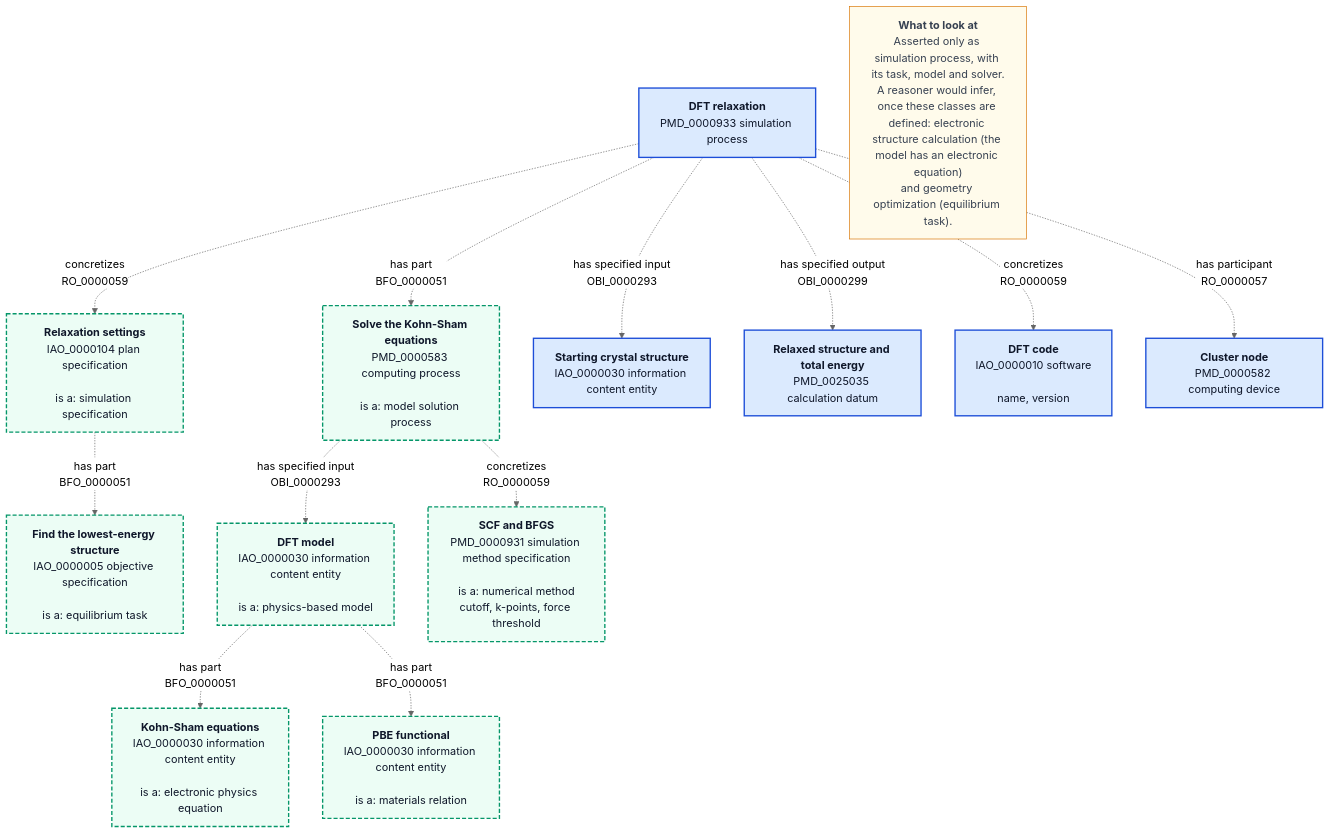
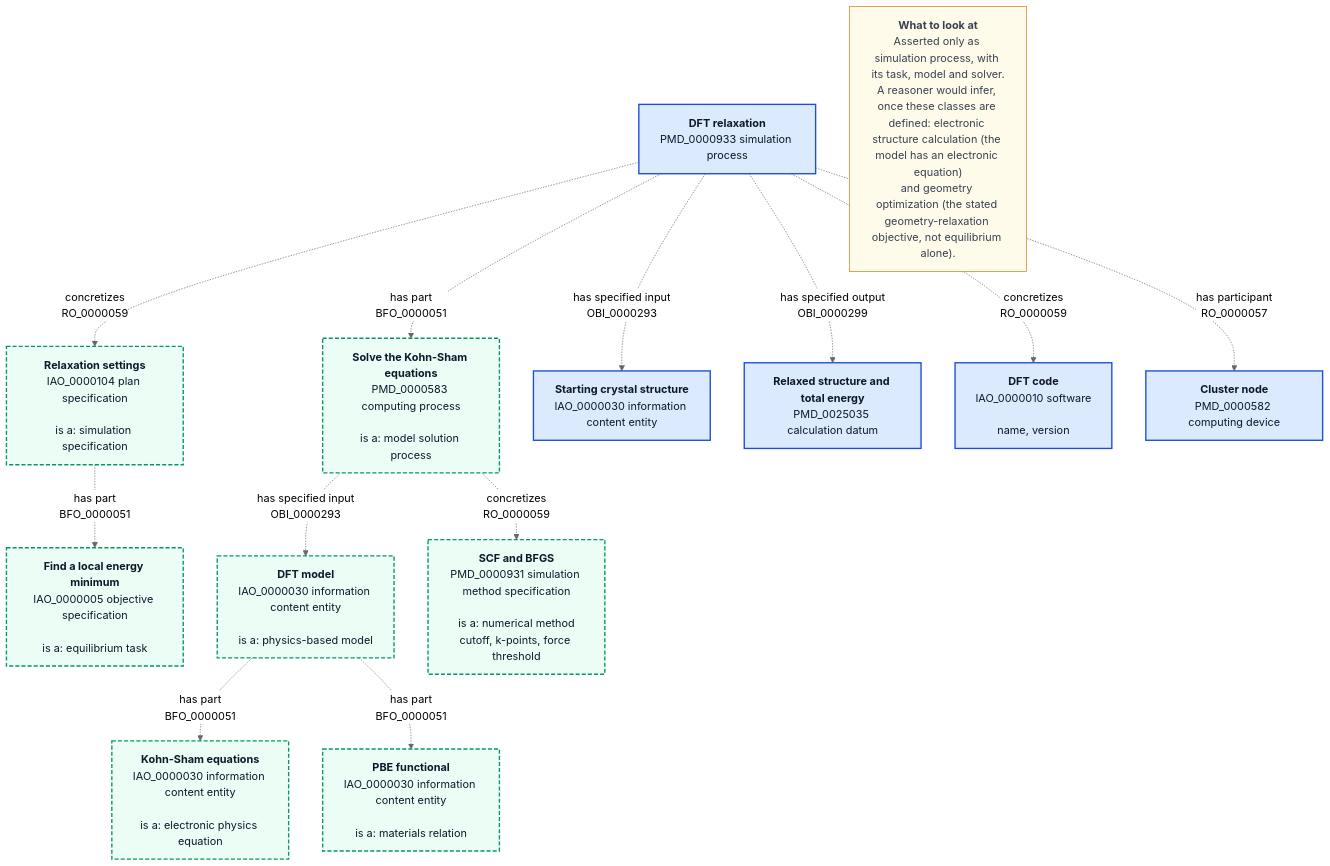
Before and after one commit to BAMresearch/mermantics: the diagram in web/options/e-task-model-solver/dft.mmd, drawn with Mermaid (neutral theme). The commit also changed 12 other files, not shown here.

```diff
--- a/web/options/e-task-model-solver/dft.mmd
+++ b/web/options/e-task-model-solver/dft.mmd
@@ -1,36 +1,36 @@
 flowchart TB
 
 %% Option E. Task, model and solver as parts: DFT geometry optimization
 %% Materials science: a DFT geometry optimization (relaxation) of a crystal structure.
 
     Relaxation["<b>DFT relaxation</b><br>PMD_0000933 simulation process"]:::local
     Spec["<b>Relaxation settings</b><br>IAO_0000104 plan specification<br><br>is a: simulation specification"]:::proposed
-    Task["<b>Find the lowest-energy structure</b><br>IAO_0000005 objective specification<br><br>is a: equilibrium task"]:::proposed
+    Task["<b>Find a local energy minimum</b><br>IAO_0000005 objective specification<br><br>is a: equilibrium task"]:::proposed
     Solve["<b>Solve the Kohn-Sham equations</b><br>PMD_0000583 computing process<br><br>is a: model solution process"]:::proposed
     DFTModel["<b>DFT model</b><br>IAO_0000030 information content entity<br><br>is a: physics-based model"]:::proposed
     KS["<b>Kohn-Sham equations</b><br>IAO_0000030 information content entity<br><br>is a: electronic physics equation"]:::proposed
     PBE["<b>PBE functional</b><br>IAO_0000030 information content entity<br><br>is a: materials relation"]:::proposed
     SCF["<b>SCF and BFGS</b><br>PMD_0000931 simulation method specification<br><br>is a: numerical method<br>cutoff, k-points, force threshold"]:::proposed
     Structure["<b>Starting crystal structure</b><br>IAO_0000030 information content entity"]:::local
     Relaxed["<b>Relaxed structure and total energy</b><br>PMD_0025035 calculation datum"]:::local
     Code["<b>DFT code</b><br>IAO_0000010 software<br><br>name, version"]:::local
     Node["<b>Cluster node</b><br>PMD_0000582 computing device"]:::local
-    Note["<b>What to look at</b><br>Asserted only as simulation process, with its task, model and solver.<br>A reasoner would infer, once these classes are defined: electronic structure calculation (the model has an electronic equation)<br>and geometry optimization (equilibrium task)."]:::note
+    Note["<b>What to look at</b><br>Asserted only as simulation process, with its task, model and solver.<br>A reasoner would infer, once these classes are defined: electronic structure calculation (the model has an electronic equation)<br>and geometry optimization (the stated geometry-relaxation objective, not equilibrium alone)."]:::note
 
     Relaxation -. "concretizes<br>RO_0000059" .-> Spec
     Spec -. "has part<br>BFO_0000051" .-> Task
     Relaxation -. "has part<br>BFO_0000051" .-> Solve
     Solve -. "has specified input<br>OBI_0000293" .-> DFTModel
     Solve -. "concretizes<br>RO_0000059" .-> SCF
     DFTModel -. "has part<br>BFO_0000051" .-> KS
     DFTModel -. "has part<br>BFO_0000051" .-> PBE
     Relaxation -. "has specified input<br>OBI_0000293" .-> Structure
     Relaxation -. "has specified output<br>OBI_0000299" .-> Relaxed
     Relaxation -. "concretizes<br>RO_0000059" .-> Code
     Relaxation -. "has participant<br>RO_0000057" .-> Node
 
     classDef local fill:#dbeafe,stroke:#1d4ed8,stroke-width:2px,color:#0f172a
     classDef note fill:#fffbeb,stroke:#d97706,color:#374151
     classDef proposed fill:#ecfdf5,stroke:#059669,stroke-width:2px,stroke-dasharray:6 3,color:#0f172a
 
 %% mermantics-kinds {"Relaxation":"process","Spec":"plan","Task":"plan","Solve":"process","DFTModel":"information","KS":"information","PBE":"information","SCF":"plan","Structure":"information","Relaxed":"data","Code":"software","Node":"device"}
```
